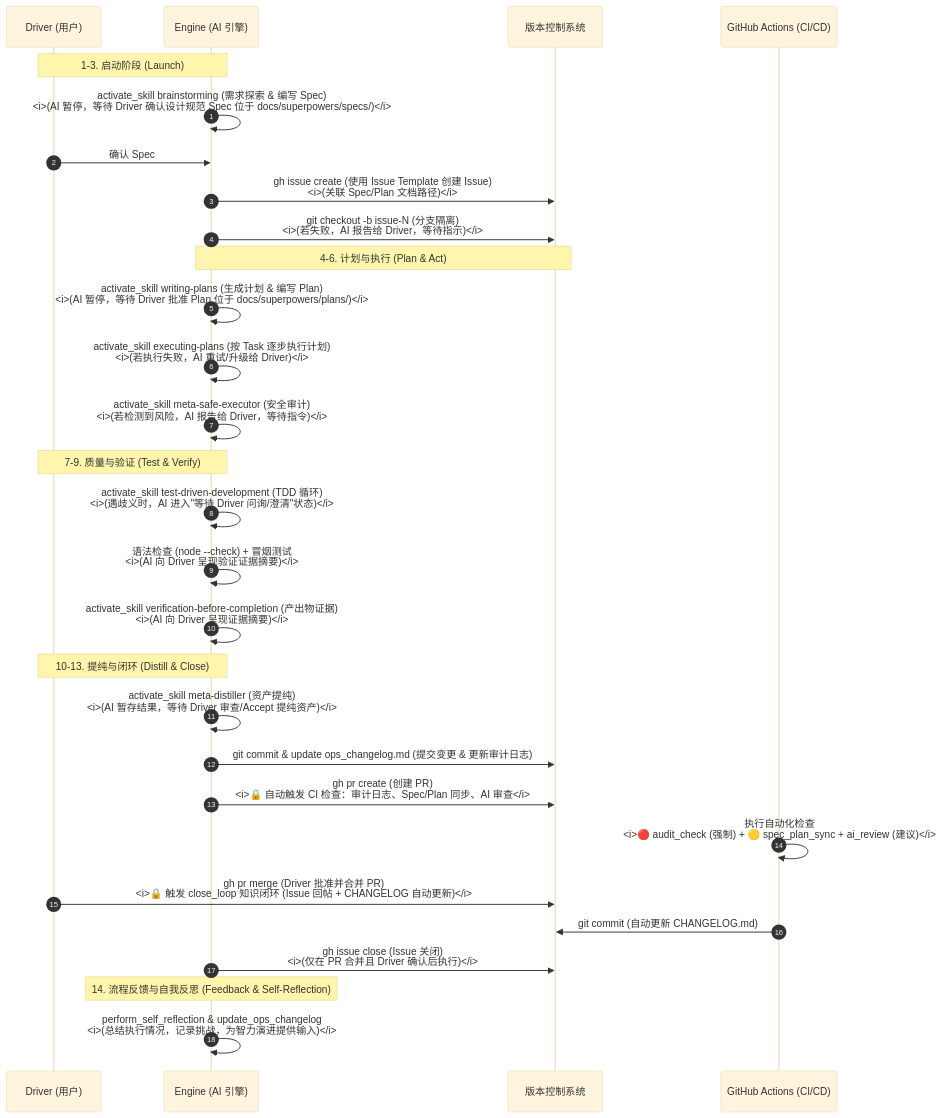
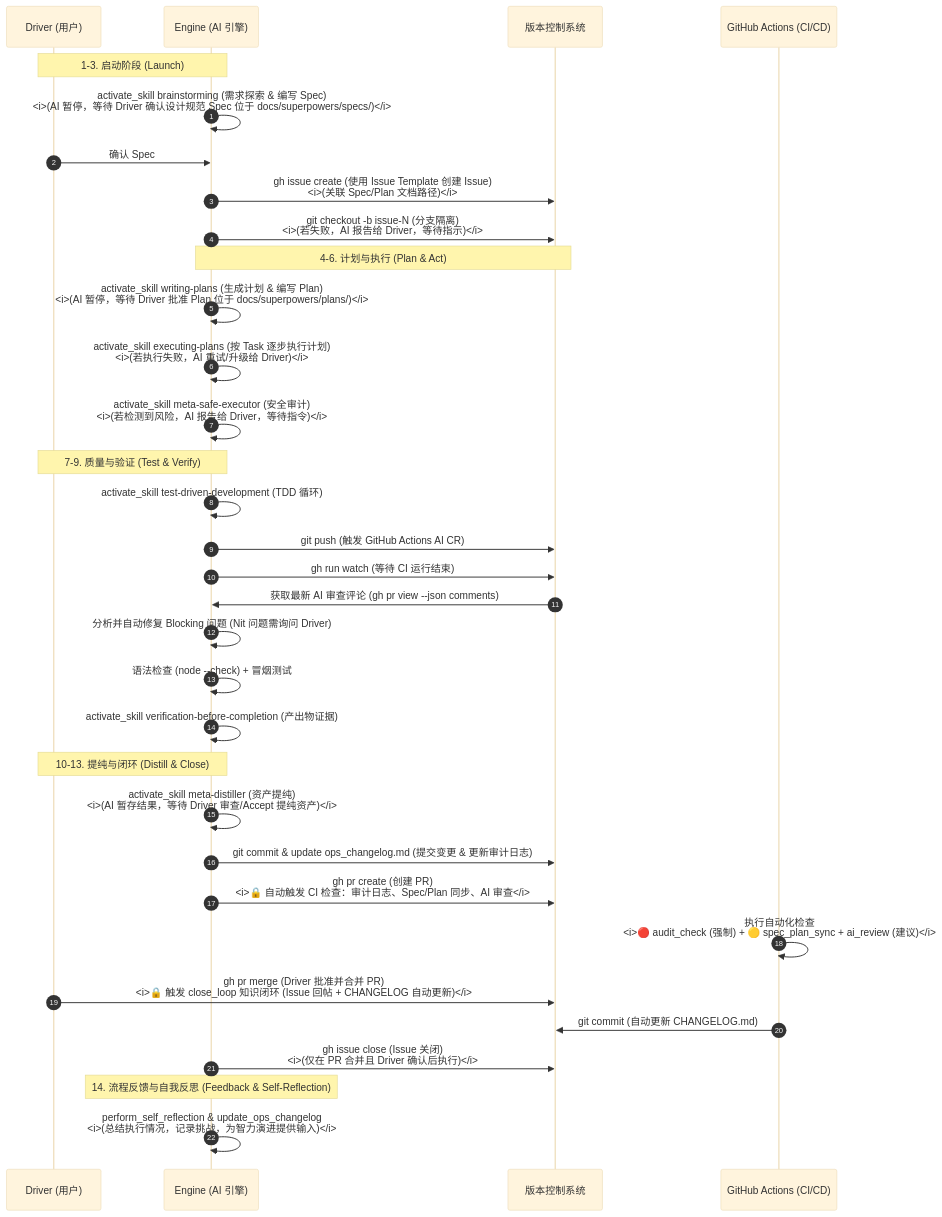
Before and after one commit to catx1726/MarkFlow: the diagram in AGENTS.md, drawn with Mermaid (base theme). The commit also changed 3 other files, not shown here.

````diff
--- a/AGENTS.md
+++ b/AGENTS.md
@@ -5,36 +5,40 @@
 ```mermaid
 sequenceDiagram
     autonumber
     participant D as Driver (用户)
     participant AI as Engine (AI 引擎)
     participant VCS as 版本控制系统
     participant CI as GitHub Actions (CI/CD)
 
     Note over D, AI: 1-3. 启动阶段 (Launch)
     AI->>AI: activate_skill brainstorming (需求探索 & 编写 Spec)<br/><i>(AI 暂停，等待 Driver 确认设计规范 Spec 位于 docs/superpowers/specs/)</i>
     D->>AI: 确认 Spec
     AI->>VCS: gh issue create (使用 Issue Template 创建 Issue)<br/><i>(关联 Spec/Plan 文档路径)</i>
     AI->>VCS: git checkout -b issue-N (分支隔离)<br/><i>(若失败，AI 报告给 Driver，等待指示)</i>
 
     Note over AI, VCS: 4-6. 计划与执行 (Plan & Act)
     AI->>AI: activate_skill writing-plans (生成计划 & 编写 Plan)<br/><i>(AI 暂停，等待 Driver 批准 Plan 位于 docs/superpowers/plans/)</i>
     AI->>AI: activate_skill executing-plans (按 Task 逐步执行计划)<br/><i>(若执行失败，AI 重试/升级给 Driver)</i>
     AI->>AI: activate_skill meta-safe-executor (安全审计)<br/><i>(若检测到风险，AI 报告给 Driver，等待指令)</i>
 
     Note over AI, D: 7-9. 质量与验证 (Test & Verify)
-    AI->>AI: activate_skill test-driven-development (TDD 循环)<br/><i>(遇歧义时，AI 进入"等待 Driver 问询/澄清"状态)</i>
-    AI->>AI: 语法检查 (node --check) + 冒烟测试<br/><i>(AI 向 Driver 呈现验证证据摘要)</i>
-    AI->>AI: activate_skill verification-before-completion (产出物证据)<br/><i>(AI 向 Driver 呈现证据摘要)</i>
+    AI->>AI: activate_skill test-driven-development (TDD 循环)
+    AI->>VCS: git push (触发 GitHub Actions AI CR)
+    AI->>VCS: gh run watch (等待 CI 运行结束)
+    VCS->>AI: 获取最新 AI 审查评论 (gh pr view --json comments)
+    AI->>AI: 分析并自动修复 Blocking 问题 (Nit 问题需询问 Driver)
+    AI->>AI: 语法检查 (node --check) + 冒烟测试
+    AI->>AI: activate_skill verification-before-completion (产出物证据)
 
     Note over AI, D: 10-13. 提纯与闭环 (Distill & Close)
     AI->>AI: activate_skill meta-distiller (资产提纯)<br/><i>(AI 暂存结果，等待 Driver 审查/Accept 提纯资产)</i>
     AI->>VCS: git commit & update ops_changelog.md (提交变更 & 更新审计日志)
     AI->>VCS: gh pr create (创建 PR)<br/><i>🔒 自动触发 CI 检查：审计日志、Spec/Plan 同步、AI 审查</i>
     CI->>CI: 执行自动化检查<br/><i>🔴 audit_check (强制) + 🟡 spec_plan_sync + ai_review (建议)</i>
     D->>VCS: gh pr merge (Driver 批准并合并 PR)<br/><i>🔒 触发 close_loop 知识闭环 (Issue 回帖 + CHANGELOG 自动更新)</i>
     CI->>VCS: git commit (自动更新 CHANGELOG.md)
     AI->>VCS: gh issue close (Issue 关闭)<br/><i>(仅在 PR 合并且 Driver 确认后执行)</i>
 
     Note over AI: 14. 流程反馈与自我反思 (Feedback & Self-Reflection)
     AI->>AI: perform_self_reflection & update_ops_changelog<br/><i>(总结执行情况，记录挑战，为智力演进提供输入)</i>
 ```
````
